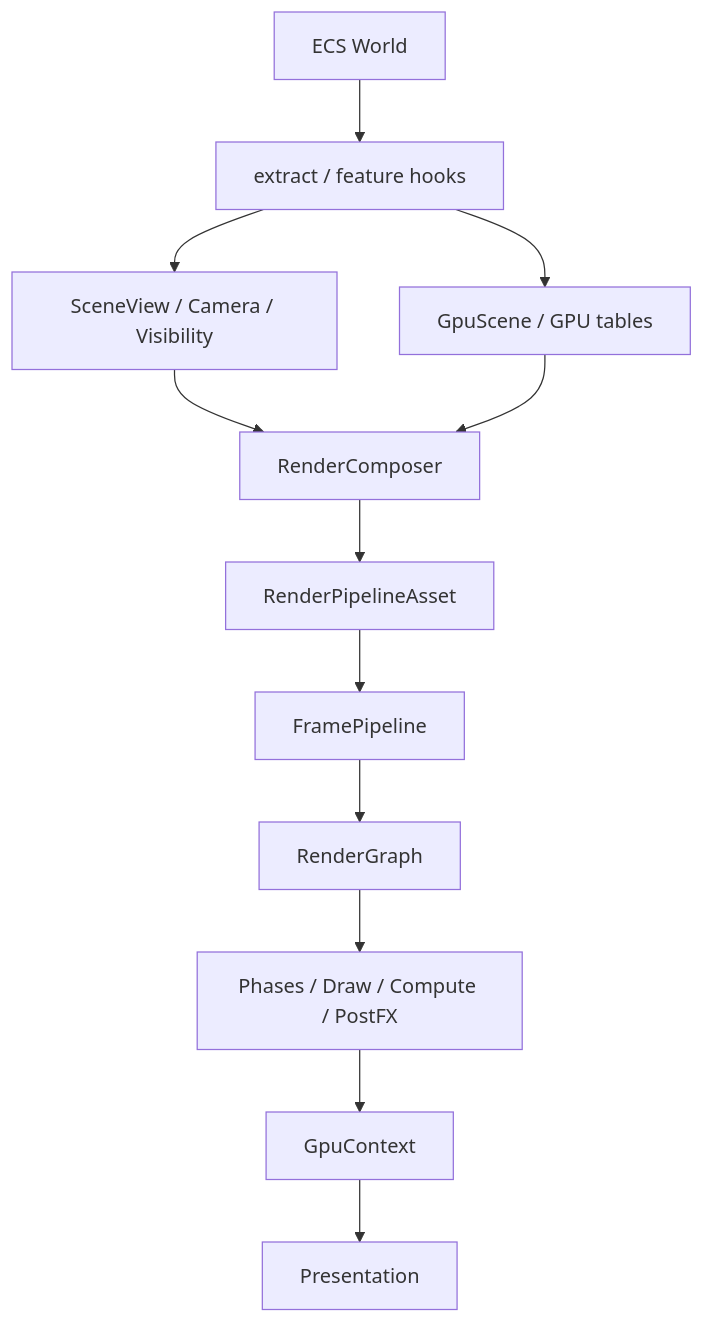
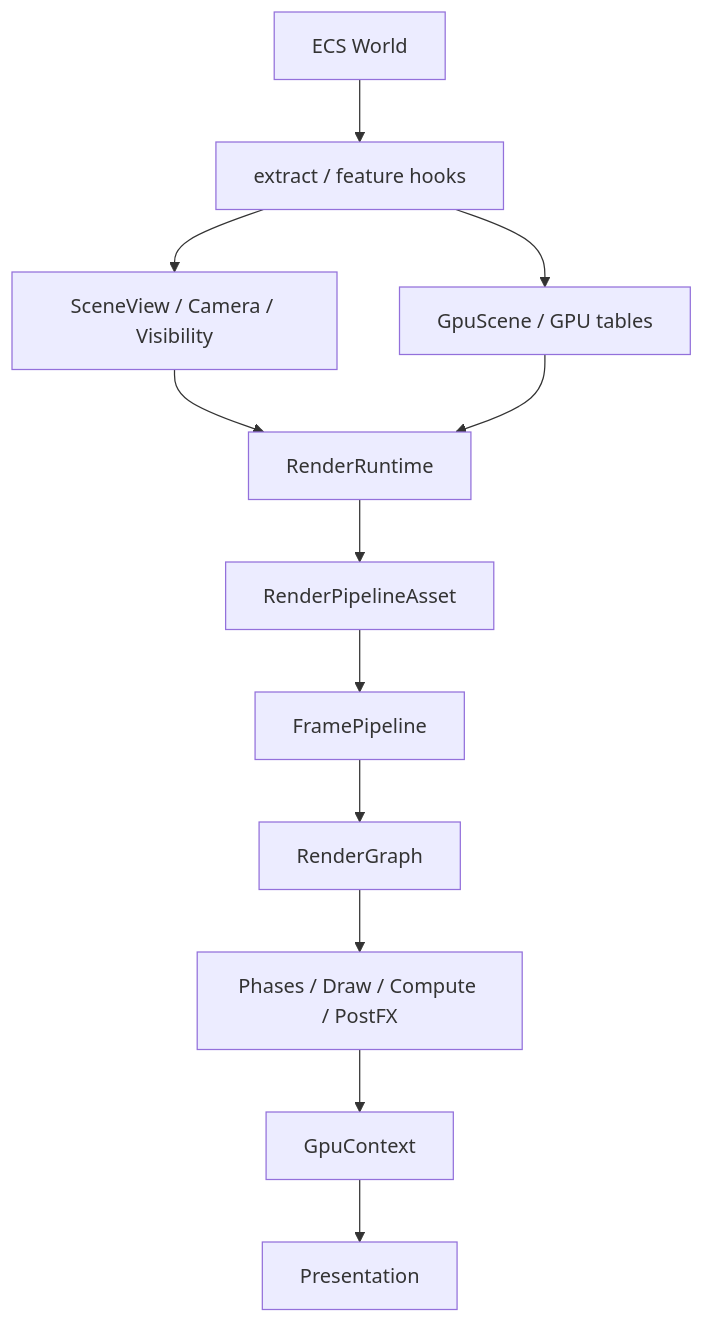
Before and after one commit to jz315/SkyEngine: the third of 6 diagrams in docs/architecture/architecture.md, drawn with Mermaid. The commit also changed other lines of this file and 235 other files, not shown here.

Commit message:
Reorganize render pipeline modules

````diff
--- a/docs/architecture/architecture.md
+++ b/docs/architecture/architecture.md
@@ -754,26 +754,26 @@
 ```mermaid
 flowchart TB
     ECS[ECS World]
     Extract[extract / feature hooks]
     SceneView[SceneView / Camera / Visibility]
     GpuScene[GpuScene / GPU tables]
-    Composer[RenderComposer]
+    RenderRt[RenderRuntime]
     Pipeline[RenderPipelineAsset]
     FramePipe[FramePipeline]
     Graph[RenderGraph]
     Passes[Phases / Draw / Compute / PostFX]
     Present[Presentation]
     GPU[GpuContext]
 
     ECS --> Extract
     Extract --> SceneView
     Extract --> GpuScene
-    SceneView --> Composer
-    GpuScene --> Composer
-    Composer --> Pipeline
+    SceneView --> RenderRt
+    GpuScene --> RenderRt
+    RenderRt --> Pipeline
     Pipeline --> FramePipe
     FramePipe --> Graph
     Graph --> Passes
     Passes --> GPU
     GPU --> Present
 ```
````
